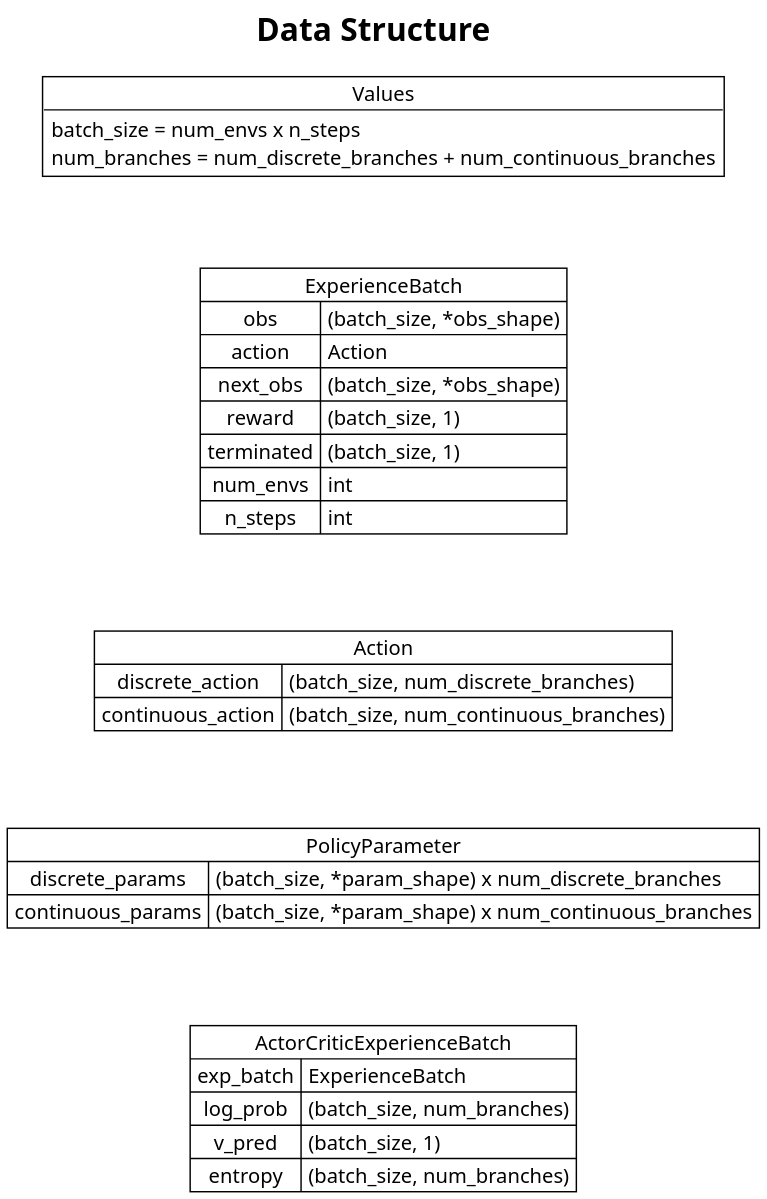
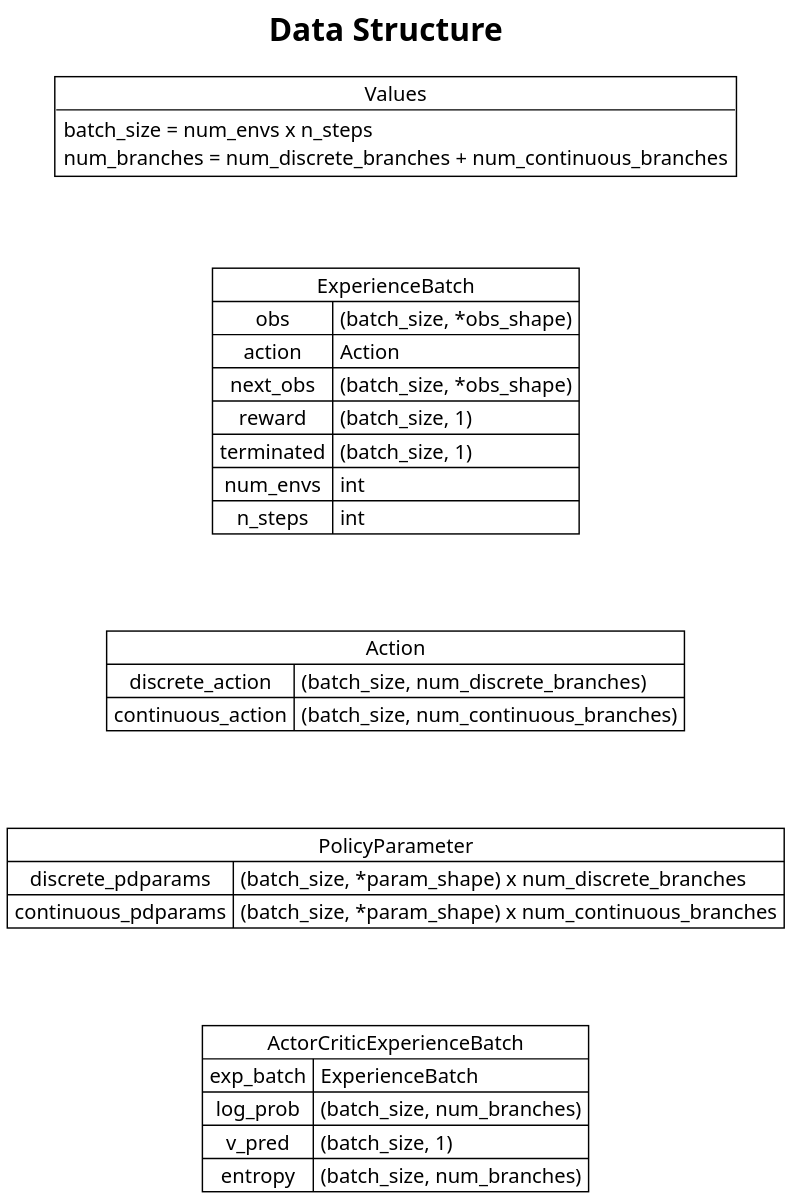
One commit to DevSlem/AINE-DRL changed the diagram in UML/Data Structure.plantuml. Above: the diagram before and after it, drawn with PlantUML. The commit also changed 2 other files, not shown here.

```diff
--- a/UML/Data Structure.plantuml
+++ b/UML/Data Structure.plantuml
@@ -1,45 +1,45 @@
 @startuml Data Structure
 
 !theme plain
 skinparam backgroundColor #FFFFFF
 scale 2
 title Data Structure
 
 object Values {
     batch_size = num_envs x n_steps
     num_branches = num_discrete_branches + num_continuous_branches
 }
 
 map ExperienceBatch {
     obs => (batch_size, *obs_shape)
     action => Action
     next_obs => (batch_size, *obs_shape)
     reward => (batch_size, 1)
     terminated => (batch_size, 1)
     num_envs => int
     n_steps => int
 }
 
 map Action {
     discrete_action => (batch_size, num_discrete_branches)
     continuous_action => (batch_size, num_continuous_branches)
 }
 
 map PolicyParameter {
-    discrete_params => (batch_size, *param_shape) x num_discrete_branches
-    continuous_params => (batch_size, *param_shape) x num_continuous_branches
+    discrete_pdparams => (batch_size, *param_shape) x num_discrete_branches
+    continuous_pdparams => (batch_size, *param_shape) x num_continuous_branches
 }
 
 map ActorCriticExperienceBatch {
     exp_batch => ExperienceBatch
     log_prob => (batch_size, num_branches)
     v_pred => (batch_size, 1)
     entropy => (batch_size, num_branches)
 }
 
 Values -[hidden]-> ExperienceBatch
 ExperienceBatch -[hidden]-> Action
 Action -[hidden]-> PolicyParameter
 PolicyParameter -[hidden]-> ActorCriticExperienceBatch
 
 @enduml
```
